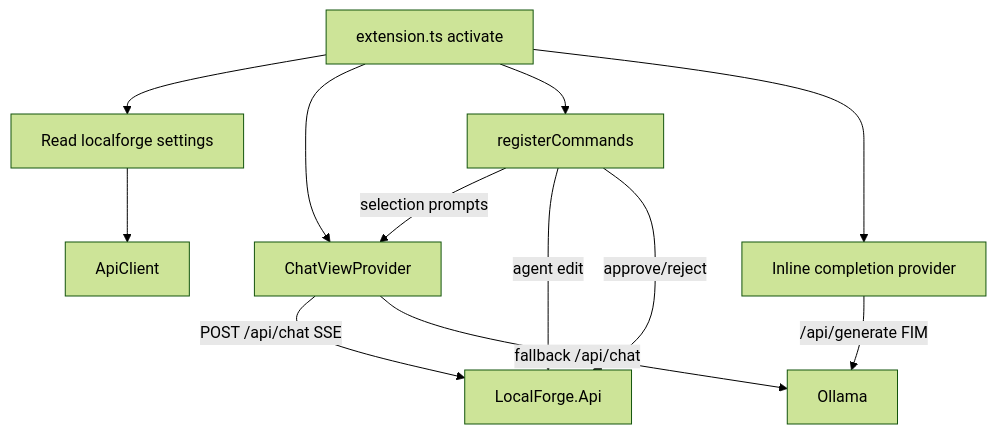
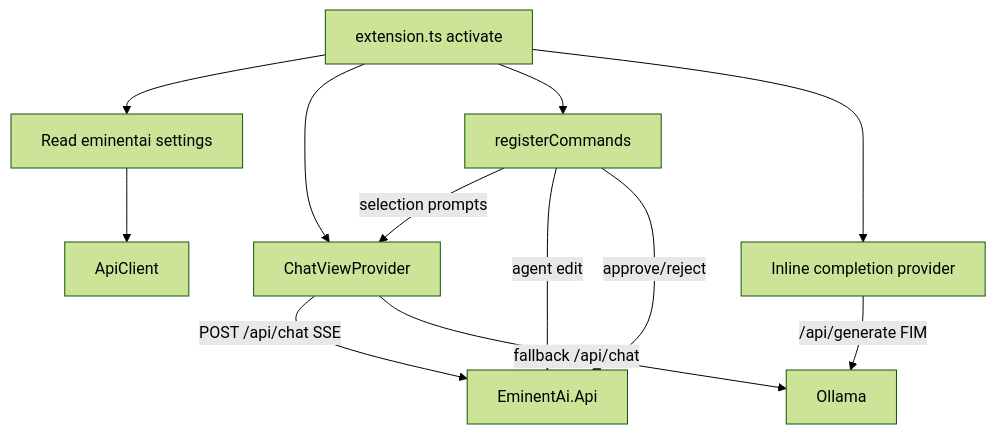
One commit to ekanatha-urivakili/EminentAiAgent changed diagram 14 of 16 in docs/AIAGENT_ARCHITECTURE.md. Above: the diagram before and after it, drawn with Mermaid (forest theme). The commit also changed other lines of this file and 345 other files, not shown here.

````diff
--- a/docs/AIAGENT_ARCHITECTURE.md
+++ b/docs/AIAGENT_ARCHITECTURE.md
@@ -806,15 +806,15 @@
 ```mermaid
 flowchart TD
-    Activation[extension.ts activate] --> Config[Read localforge settings]
+    Activation[extension.ts activate] --> Config[Read eminentai settings]
     Config --> ApiClient[ApiClient]
     Activation --> ChatProvider[ChatViewProvider]
     Activation --> Commands[registerCommands]
     Activation --> Fim[Inline completion provider]
 
-    ChatProvider -->|POST /api/chat SSE| Backend[LocalForge.Api]
+    ChatProvider -->|POST /api/chat SSE| Backend[EminentAi.Api]
     ChatProvider -->|fallback /api/chat| Ollama[Ollama]
     Fim -->|/api/generate FIM| Ollama
     Commands -->|selection prompts| ChatProvider
     Commands -->|agent edit| Backend
     Commands -->|approve/reject| Backend
 ```
````
